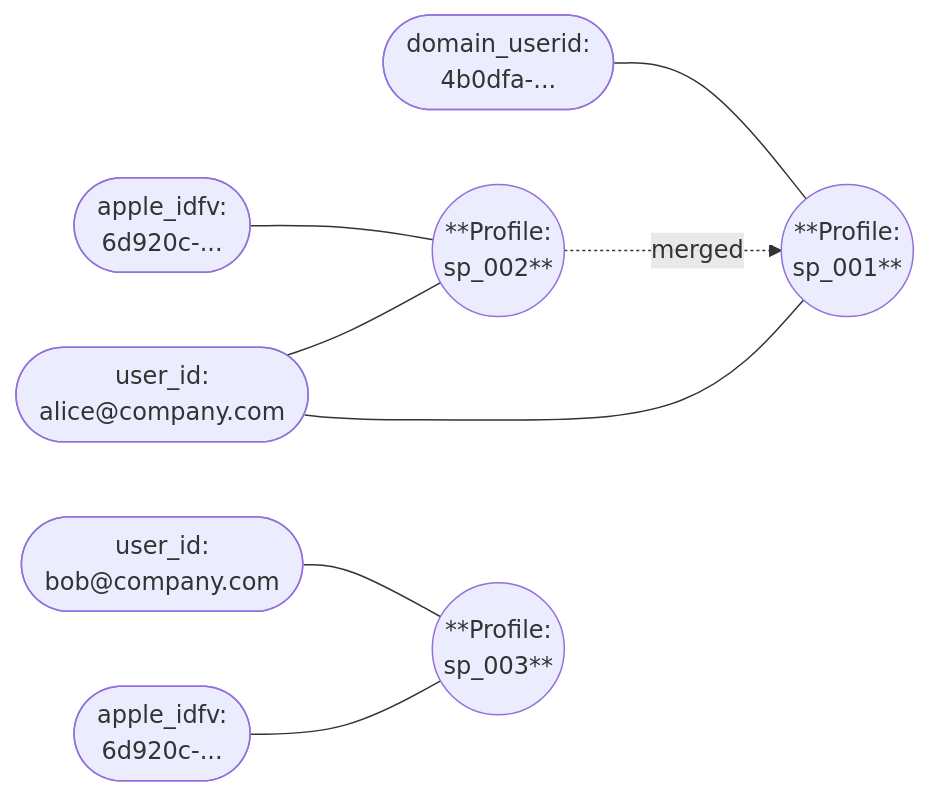
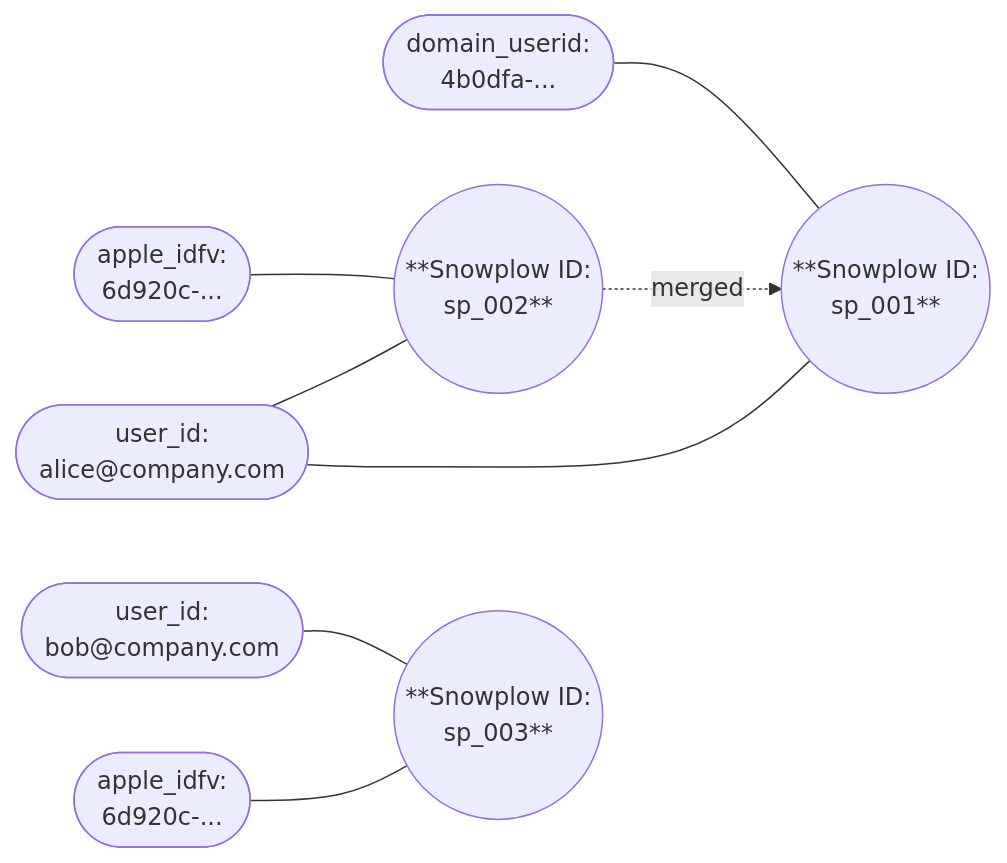
Before and after one commit to snowplow/documentation: the second of 3 diagrams in docs/identities/concepts/unique-identifiers/index.md, drawn with Mermaid. The commit also changed other lines of this file and 7 other files, not shown here.

````diff
--- a/docs/identities/concepts/unique-identifiers/index.md
+++ b/docs/identities/concepts/unique-identifiers/index.md
@@ -42,21 +42,21 @@
 ```mermaid
 graph LR
     A(["domain_userid:<br/>4b0dfa-..."])
     B(["user_id:<br/>alice@company.com"])
     C1(["apple_idfv:<br/>6d920c-..."])
-    P1(("**Profile:<br/> sp_001**"))
-    P2(("**Profile:<br/> sp_002**"))
+    P1(("**Snowplow ID:<br/> sp_001**"))
+    P2(("**Snowplow ID:<br/> sp_002**"))
 
     A --- P1
     B --- P1
     C1 --- P2
     B --- P2
     P2 -. merged .-> P1
 
     C2(["apple_idfv:<br/>6d920c-..."])
     BobB(["user_id:<br/>bob@company.com"])
-    BobC(("**Profile:<br/> sp_003**"))
+    BobC(("**Snowplow ID:<br/> sp_003**"))
 
     C2 --- BobC
     BobB --- BobC
 ```
````
